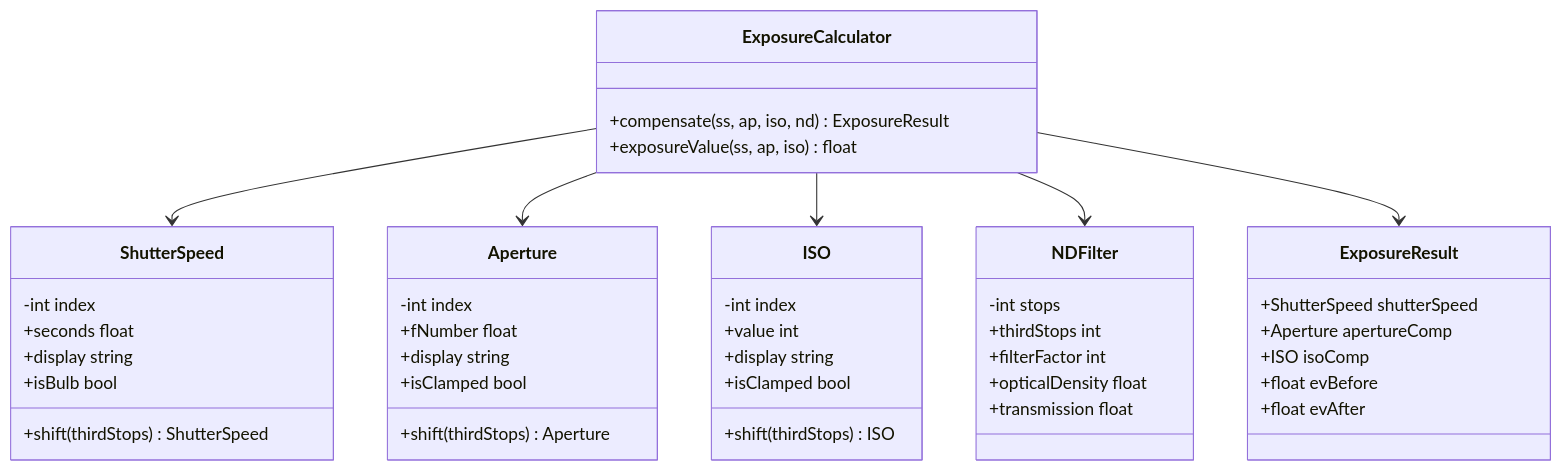
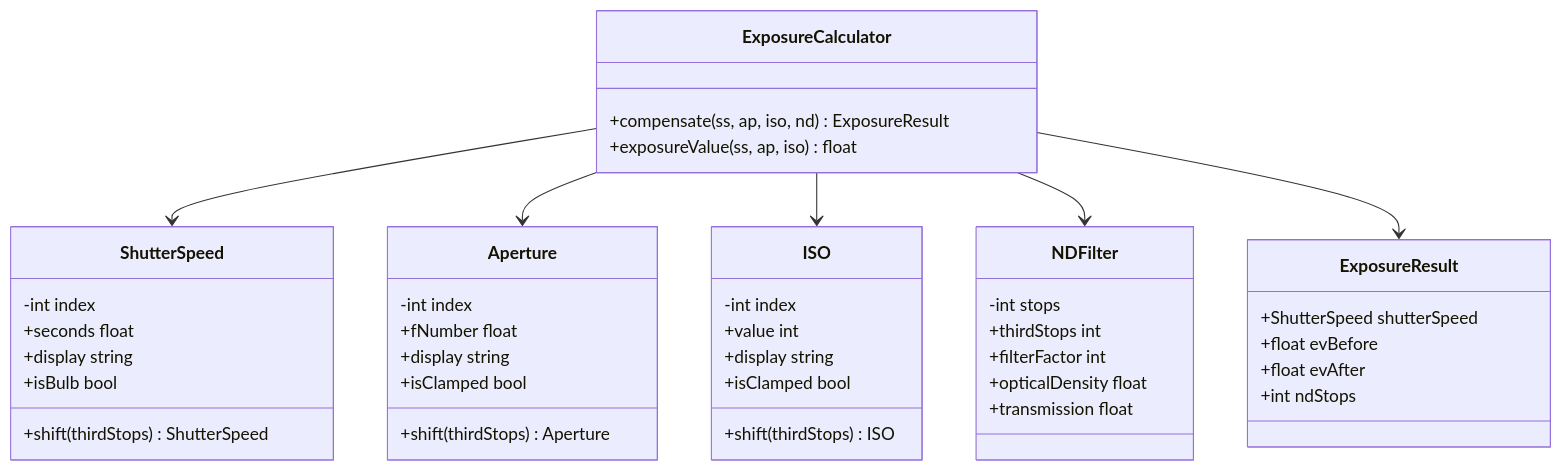
The third of 3 diagrams in docs/architecture.ja.md (P4suta/ndx), drawn with Mermaid before and after one commit. The commit also changed other lines of this file and 31 other files, not shown here.

````diff
--- a/docs/architecture.ja.md
+++ b/docs/architecture.ja.md
@@ -91,48 +89,47 @@
 ```mermaid
 classDiagram
     direction TB
     class ShutterSpeed {
         -int index
         +shift(thirdStops) ShutterSpeed
         +seconds float
         +display string
         +isBulb bool
     }
     class Aperture {
         -int index
         +shift(thirdStops) Aperture
         +fNumber float
         +display string
         +isClamped bool
     }
     class ISO {
         -int index
         +shift(thirdStops) ISO
         +value int
         +display string
         +isClamped bool
     }
     class NDFilter {
         -int stops
         +thirdStops int
         +filterFactor int
         +opticalDensity float
         +transmission float
     }
     class ExposureCalculator {
         +compensate(ss, ap, iso, nd) ExposureResult
         +exposureValue(ss, ap, iso) float
     }
     class ExposureResult {
         +ShutterSpeed shutterSpeed
-        +Aperture apertureComp
-        +ISO isoComp
         +float evBefore
         +float evAfter
+        +int ndStops
     }
     ExposureCalculator --> ShutterSpeed
     ExposureCalculator --> Aperture
     ExposureCalculator --> ISO
     ExposureCalculator --> NDFilter
     ExposureCalculator --> ExposureResult
 ```
````
